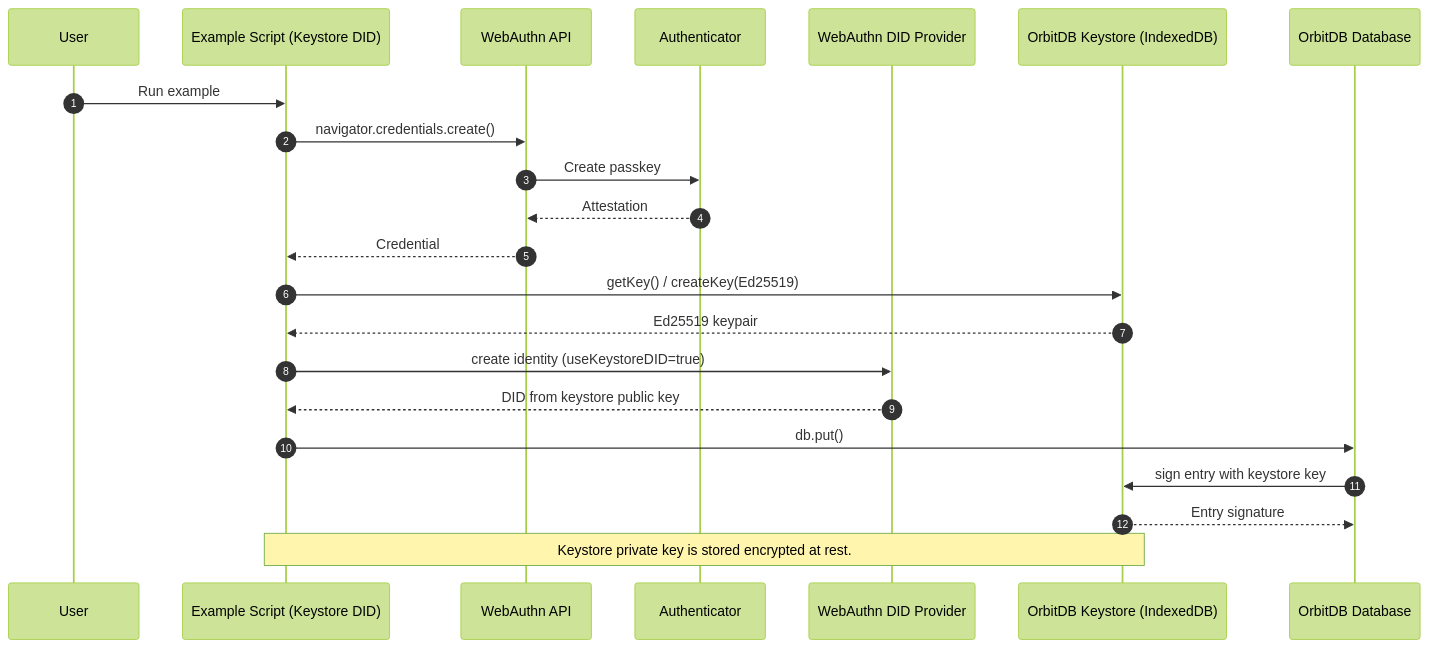
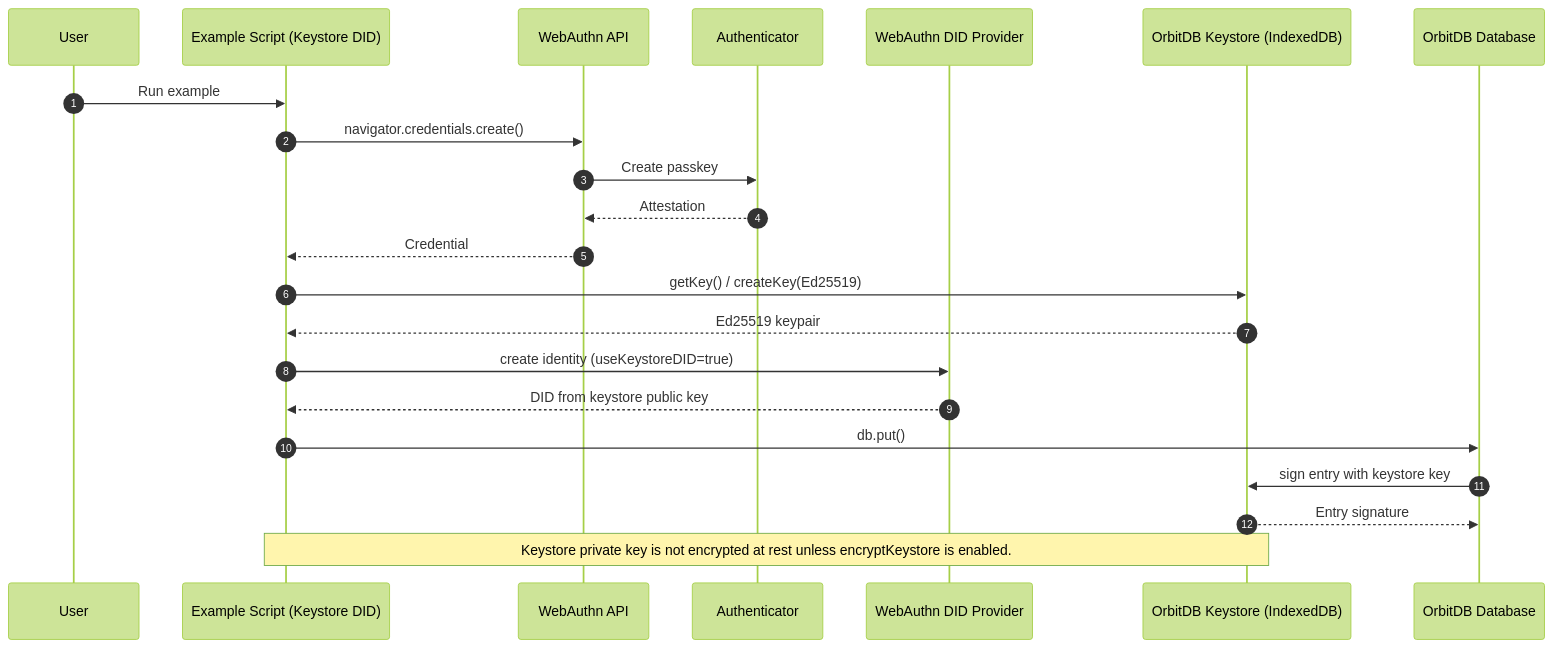
Before and after one commit to Le-Space/orbitdb-identity-provider-webauthn-did: the first of 6 diagrams in docs/EXAMPLE-SEQUENCES.md, drawn with Mermaid (forest theme). The commit also changed 69 other files, not shown here.

````diff
--- a/docs/EXAMPLE-SEQUENCES.md
+++ b/docs/EXAMPLE-SEQUENCES.md
@@ -7,28 +7,28 @@
 ```mermaid
 sequenceDiagram
   autonumber
   participant User
   participant App as Example Script (Keystore DID)
   participant WebAuthn as WebAuthn API
   participant Auth as Authenticator
   participant Prov as WebAuthn DID Provider
   participant KS as OrbitDB Keystore (IndexedDB)
   participant DB as OrbitDB Database
 
   User->>App: Run example
   App->>WebAuthn: navigator.credentials.create()
   WebAuthn->>Auth: Create passkey
   Auth-->>WebAuthn: Attestation
   WebAuthn-->>App: Credential
 
   App->>KS: getKey() / createKey(Ed25519)
   KS-->>App: Ed25519 keypair
   App->>Prov: create identity (useKeystoreDID=true)
   Prov-->>App: DID from keystore public key
 
   App->>DB: db.put()
   DB->>KS: sign entry with keystore key
   KS-->>DB: Entry signature
 
-  Note over App,KS: Keystore private key is stored encrypted at rest.
+  Note over App,KS: Keystore private key is not encrypted at rest unless encryptKeystore is enabled.
 ```
````
